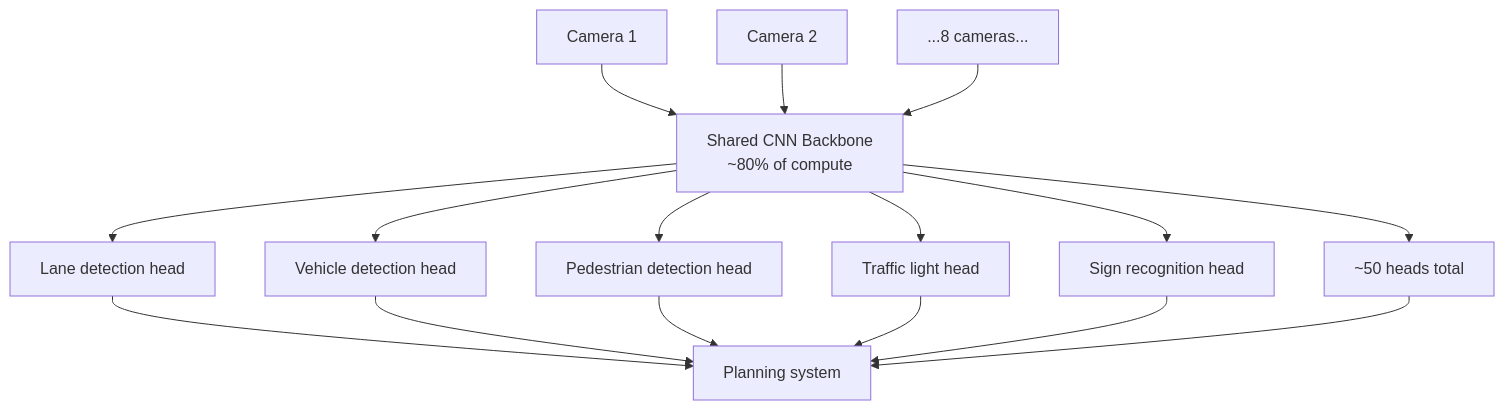
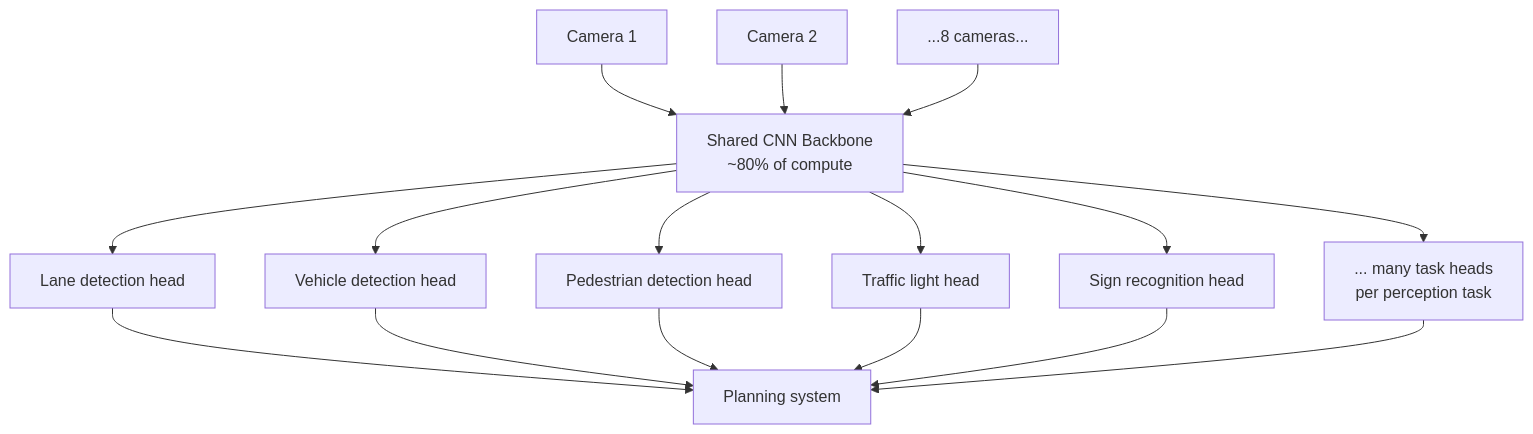
Before and after one commit to sunilmogadati/systems-in-production: the first of 3 diagrams in playbooks/ai/computer-vision/06_Production_Patterns.md, drawn with Mermaid. The commit also changed other lines of this file and 8 other files, not shown here.

````diff
--- a/playbooks/ai/computer-vision/06_Production_Patterns.md
+++ b/playbooks/ai/computer-vision/06_Production_Patterns.md
@@ -19,22 +19,22 @@
 ```mermaid
 graph TD
     C1[Camera 1] --> Backbone
     C2[Camera 2] --> Backbone
     C3[...8 cameras...] --> Backbone
 
     Backbone[Shared CNN Backbone<br/>~80% of compute]
 
     Backbone --> H1[Lane detection head]
     Backbone --> H2[Vehicle detection head]
     Backbone --> H3[Pedestrian detection head]
     Backbone --> H4[Traffic light head]
     Backbone --> H5[Sign recognition head]
-    Backbone --> Hn[~50 heads total]
+    Backbone --> Hn[... many task heads<br/>per perception task]
 
     H1 --> Plan[Planning system]
     H2 --> Plan
     H3 --> Plan
     H4 --> Plan
     H5 --> Plan
     Hn --> Plan
 ```
````
